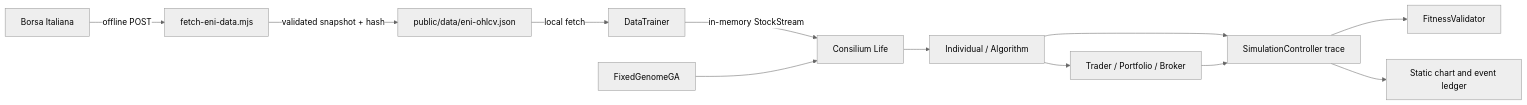
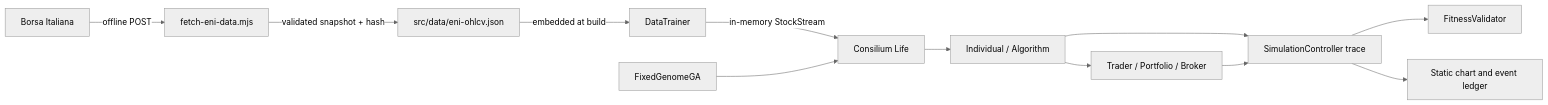
The first of 2 diagrams in docs/architecture/simulator-overview.md (ChaosCoreLab/SwarmTrader-core), drawn with Mermaid (neutral theme) before and after one commit. The commit also changed other lines of this file and 26 other files, not shown here.

````diff
--- a/docs/architecture/simulator-overview.md
+++ b/docs/architecture/simulator-overview.md
@@ -29,14 +29,14 @@
 ```mermaid
 flowchart LR
     BI[Borsa Italiana] -->|offline POST| FETCH[fetch-eni-data.mjs]
-    FETCH -->|validated snapshot + hash| SNAP[public/data/eni-ohlcv.json]
-    SNAP -->|local fetch| DT[DataTrainer]
+    FETCH -->|validated snapshot + hash| SNAP[src/data/eni-ohlcv.json]
+    SNAP -->|embedded at build| DT[DataTrainer]
     DT -->|in-memory StockStream| LIFE[Consilium Life]
     GA[FixedGenomeGA] --> LIFE
     LIFE --> IND[Individual / Algorithm]
     IND --> TR[Trader / Portfolio / Broker]
     IND --> TRACE[SimulationController trace]
     TR --> TRACE
     TRACE --> VALID[FitnessValidator]
     TRACE --> UI[Static chart and event ledger]
 ```
````
